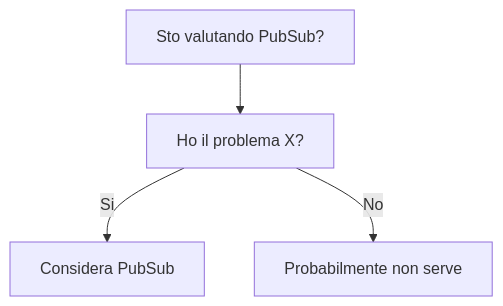
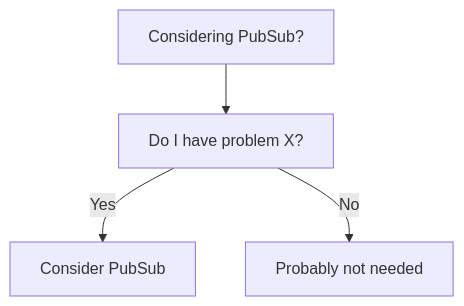
One commit to HxT9/Software-Dev-Wiki changed the diagram in dev-wiki/13_Integration/Patterns/PubSub/When_To_Use.md. Above: the diagram before and after it, drawn with Mermaid. The commit also changed other lines of this file and 3444 other files, not shown here.

````diff
--- a/dev-wiki/13_Integration/Patterns/PubSub/When_To_Use.md
+++ b/dev-wiki/13_Integration/Patterns/PubSub/When_To_Use.md
@@ -19,6 +19,6 @@
 ```mermaid
 flowchart TD
-  Q[Sto valutando PubSub?] --> Q1[Ho il problema X?]
-  Q1 -->|Si| OK[Considera PubSub]
-  Q1 -->|No| NO[Probabilmente non serve]
+  Q[Considering PubSub?] --> Q1[Do I have problem X?]
+  Q1 -->|Yes| OK[Consider PubSub]
+  Q1 -->|No| NO[Probably not needed]
 ```
````
